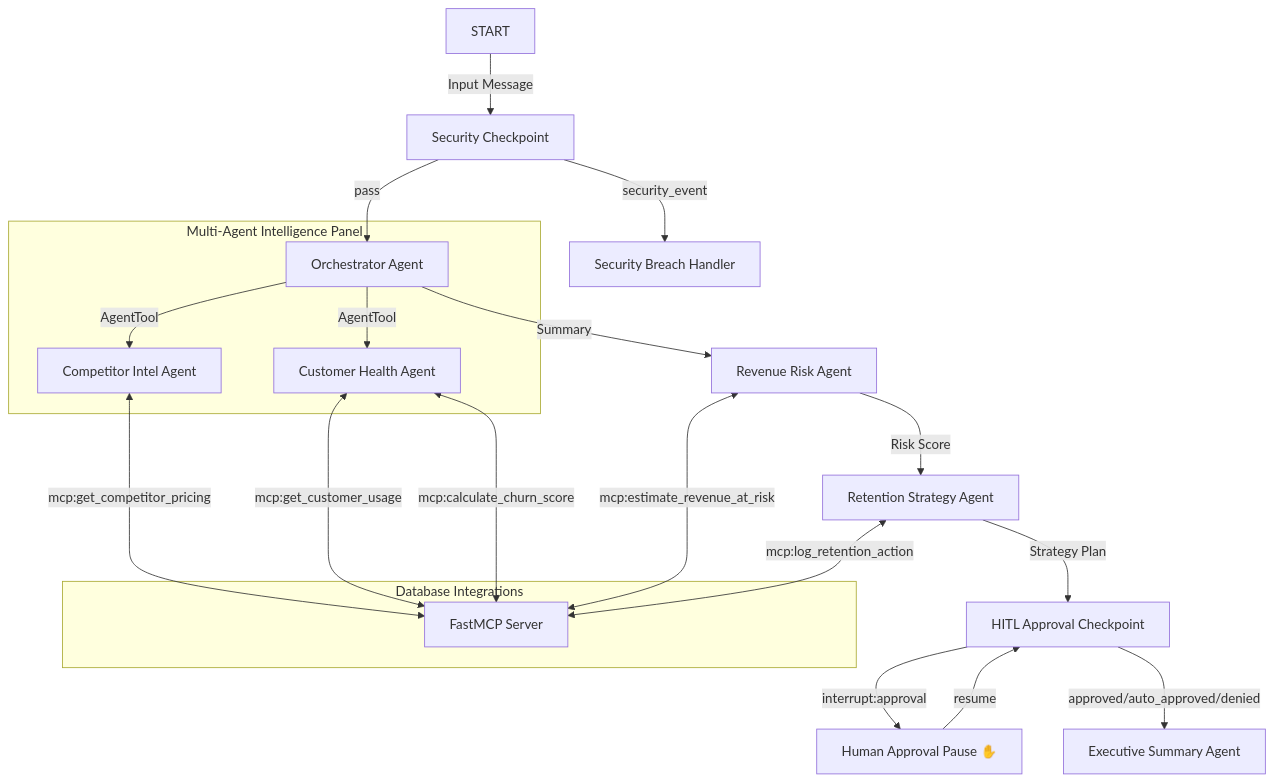
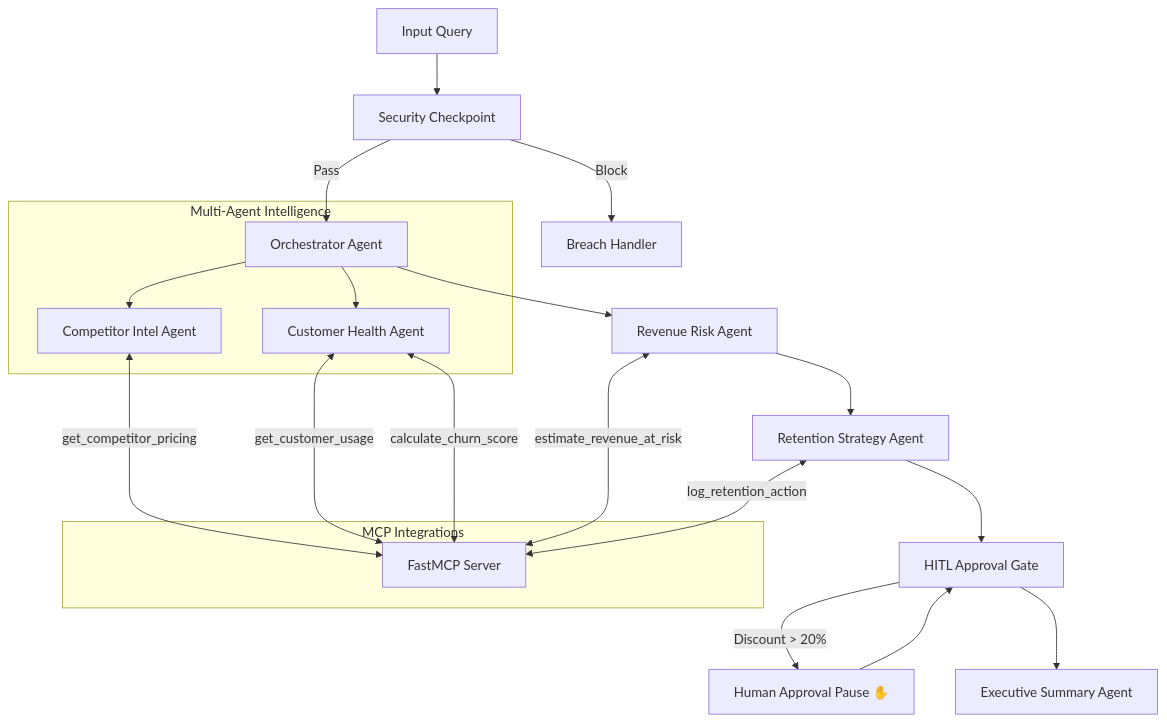
The diagram in README.md (reshmanth-sai/revenueguard), drawn with Mermaid before and after one commit. The commit also changed other lines of this file, not shown here.

````diff
--- a/README.md
+++ b/README.md
@@ -25,30 +21,29 @@
 ```mermaid
 graph TD
-    START -->|Input Message| SC[Security Checkpoint]
-    SC -->|security_event| SBH[Security Breach Handler]
-    SC -->|pass| ORCH[Orchestrator Agent]
+    START[Input Query] --> SC[Security Checkpoint]
+    SC -->|Block| SBH[Breach Handler]
+    SC -->|Pass| ORCH[Orchestrator Agent]
     
-    subgraph Multi-Agent Intelligence Panel
-        ORCH -->|AgentTool| CIA[Competitor Intel Agent]
-        ORCH -->|AgentTool| CHA[Customer Health Agent]
+    subgraph Multi-Agent Intelligence
+        ORCH --> CIA[Competitor Intel Agent]
+        ORCH --> CHA[Customer Health Agent]
     end
     
-    subgraph Database Integrations
-        CIA <-->|mcp:get_competitor_pricing| MCP[FastMCP Server]
-        CHA <-->|mcp:get_customer_usage| MCP
-        CHA <-->|mcp:calculate_churn_score| MCP
+    subgraph MCP Integrations
+        CIA <-->|get_competitor_pricing| MCP[FastMCP Server]
+        CHA <-->|get_customer_usage| MCP
+        CHA <-->|calculate_churn_score| MCP
     end
     
-    ORCH -->|Summary| RRA[Revenue Risk Agent]
-    RRA <-->|mcp:estimate_revenue_at_risk| MCP
+    ORCH --> RRA[Revenue Risk Agent]
+    RRA <-->|estimate_revenue_at_risk| MCP
     
-    RRA -->|Risk Score| RSA[Retention Strategy Agent]
-    RSA <-->|mcp:log_retention_action| MCP
+    RRA --> RSA[Retention Strategy Agent]
+    RSA <-->|log_retention_action| MCP
     
-    RSA -->|Strategy Plan| HAC[HITL Approval Checkpoint]
+    RSA --> HAC[HITL Approval Gate]
+    HAC -->|Discount > 20%| Human[Human Approval Pause ✋]
+    Human --> HAC
     
-    HAC -->|interrupt:approval| Human[Human Approval Pause ✋]
-    Human -->|resume| HAC
-    
-    HAC -->|approved/auto_approved/denied| ESA[Executive Summary Agent]
+    HAC --> ESA[Executive Summary Agent]
 ```
````
